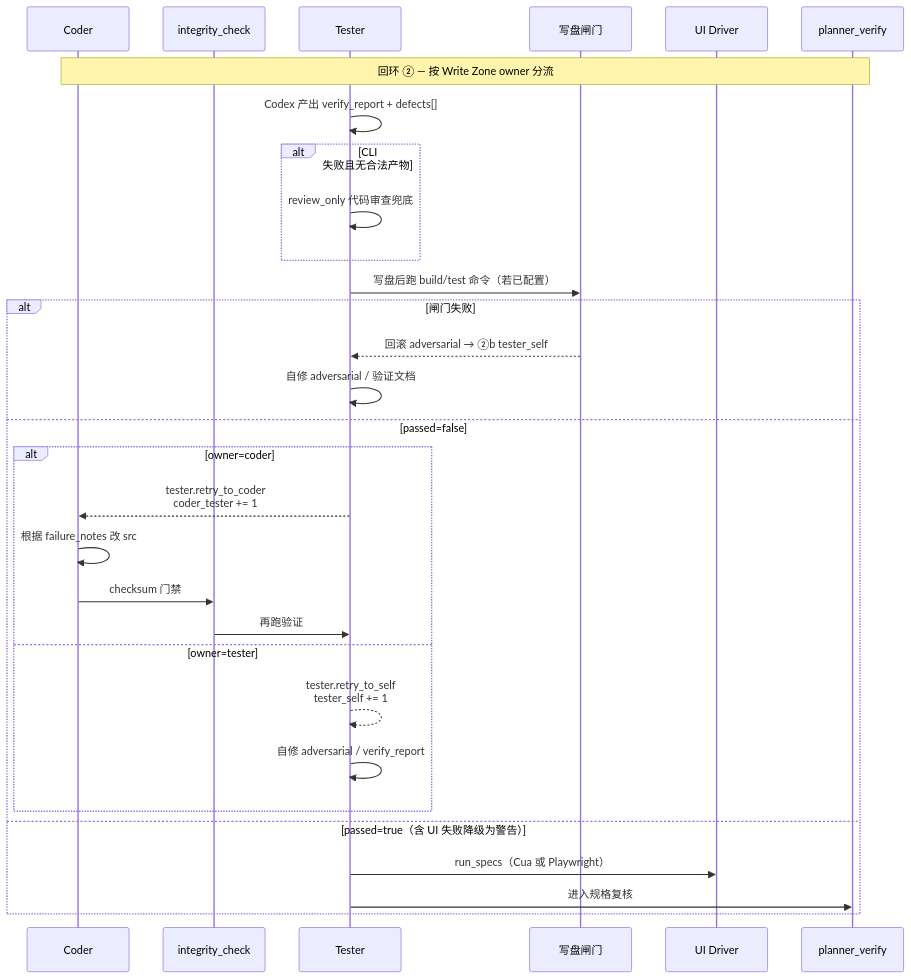
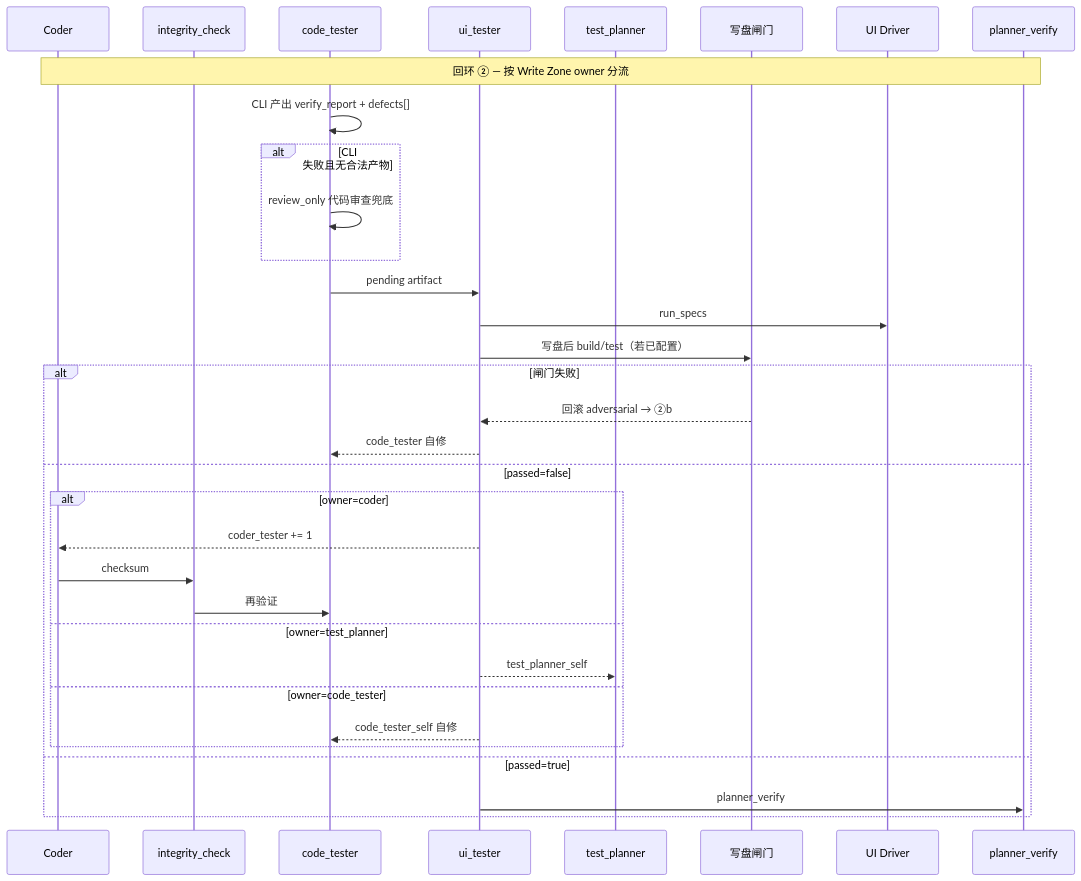
Before and after one commit to ai-poet/spec-forge: the third of 4 diagrams in README.md, drawn with Mermaid. The commit also changed other lines of this file and 46 other files, not shown here.

````diff
--- a/README.md
+++ b/README.md
@@ -281,33 +294,36 @@
 ```mermaid
 sequenceDiagram
   participant Coder
   participant Integrity as integrity_check
-  participant Tester
+  participant CodeTester as code_tester
+  participant UiTester as ui_tester
+  participant TestPlanner as test_planner
   participant Gate as 写盘闸门
   participant UI as UI Driver
   participant Verify as planner_verify
 
   Note over Coder,Verify: 回环 ② — 按 Write Zone owner 分流
-  Tester->>Tester: Codex 产出 verify_report + defects[]
+  CodeTester->>CodeTester: CLI 产出 verify_report + defects[]
   alt CLI 失败且无合法产物
-    Tester->>Tester: review_only 代码审查兜底
+    CodeTester->>CodeTester: review_only 代码审查兜底
   end
-  Tester->>Gate: 写盘后跑 build/test 命令（若已配置）
+  CodeTester->>UiTester: pending artifact
+  UiTester->>UI: run_specs
+  UiTester->>Gate: 写盘后 build/test（若已配置）
   alt 闸门失败
-    Gate-->>Tester: 回滚 adversarial → ②b tester_self
-    Tester->>Tester: 自修 adversarial / 验证文档
+    Gate-->>UiTester: 回滚 adversarial → ②b
+    UiTester-->>CodeTester: code_tester 自修
   else passed=false
     alt owner=coder
-      Tester-->>Coder: tester.retry_to_coder<br/>coder_tester += 1
-      Coder->>Coder: 根据 failure_notes 改 src
-      Coder->>Integrity: checksum 门禁
-      Integrity->>Tester: 再跑验证
-    else owner=tester
-      Tester-->>Tester: tester.retry_to_self<br/>tester_self += 1
-      Tester->>Tester: 自修 adversarial / verify_report
+      UiTester-->>Coder: coder_tester += 1
+      Coder->>Integrity: checksum
+      Integrity->>CodeTester: 再验证
+    else owner=test_planner
+      UiTester-->>TestPlanner: test_planner_self
+    else owner=code_tester
+      UiTester-->>CodeTester: code_tester_self 自修
     end
-  else passed=true（含 UI 失败降级为警告）
-    Tester->>UI: run_specs（Cua 或 Playwright）
-    Tester->>Verify: 进入规格复核
+  else passed=true
+    UiTester->>Verify: planner_verify
   end
 ```
````
